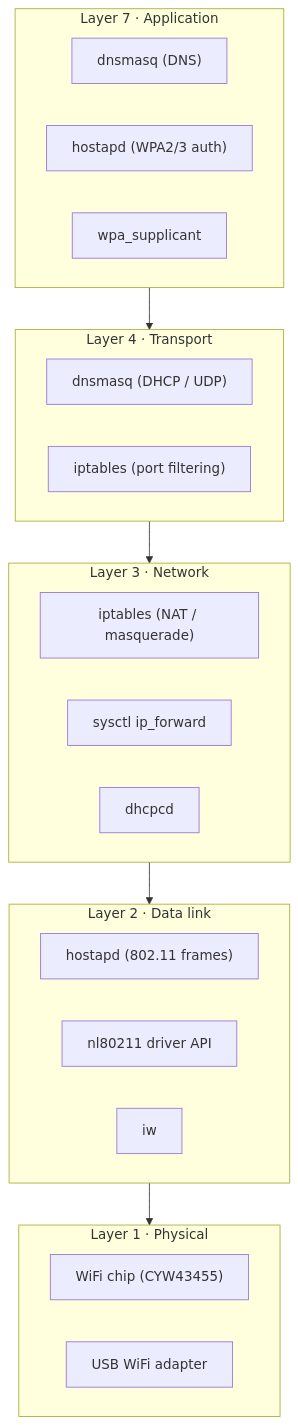
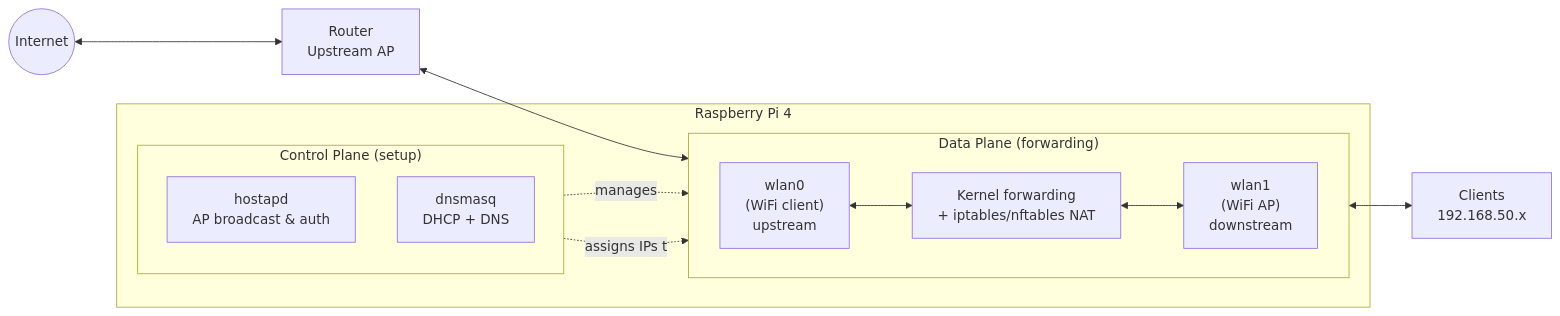
The first of 3 diagrams in docs/WIFI_REPEATER.MD (BLyndon/raspi-setup), drawn with Mermaid before and after one commit. The commit also changed other lines of this file, not shown here.

````diff
--- a/docs/WIFI_REPEATER.MD
+++ b/docs/WIFI_REPEATER.MD
@@ -21,32 +54,28 @@
 ```mermaid
-flowchart TD
-    subgraph L7["Layer 7 · Application"]
-        DNS["dnsmasq (DNS)"]
-        HAP7["hostapd (WPA2/3 auth)"]
-        WPA["wpa_supplicant"]
+flowchart LR
+    Internet((Internet)) <--> Router["Router\nUpstream AP"]
+
+    subgraph PI["Raspberry Pi 4"]
+        subgraph dataplane["Data Plane (forwarding)"]
+            direction LR
+            wlan0["wlan0<br/>(WiFi client)<br/>upstream"]
+            kernel["Kernel forwarding<br/>+ iptables/nftables NAT"]
+            wlan1["wlan1<br/>(WiFi AP)<br/>downstream"]
+
+            wlan0 <--> kernel
+            kernel <--> wlan1
+        end
+
+        subgraph controlplane["Control Plane (setup)"]
+            direction TB
+            hostapd["hostapd<br/>AP broadcast & auth"]
+            dnsmasq["dnsmasq<br/>DHCP + DNS"]
+        end
+
+        hostapd -.manages.-> wlan1
+        dnsmasq -.assigns IPs to.-> wlan1
     end
 
-    subgraph L4["Layer 4 · Transport"]
-        DHCP["dnsmasq (DHCP / UDP)"]
-        IPT4["iptables (port filtering)"]
-    end
-
-    subgraph L3["Layer 3 · Network"]
-        NAT["iptables (NAT / masquerade)"]
-        FWD["sysctl ip_forward"]
-        DHCPCD["dhcpcd"]
-    end
-
-    subgraph L2["Layer 2 · Data link"]
-        HAP2["hostapd (802.11 frames)"]
-        NL["nl80211 driver API"]
-        IW["iw"]
-    end
-
-    subgraph L1["Layer 1 · Physical"]
-        CHIP["WiFi chip (CYW43455)"]
-        USB["USB WiFi adapter"]
-    end
-
-    L7 --> L4 --> L3 --> L2 --> L1
+    Router <--> wlan0
+    wlan1 <--> Clients["Clients<br/>192.168.50.x"]
 ```
````
